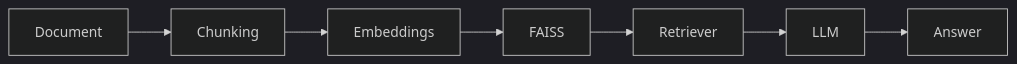
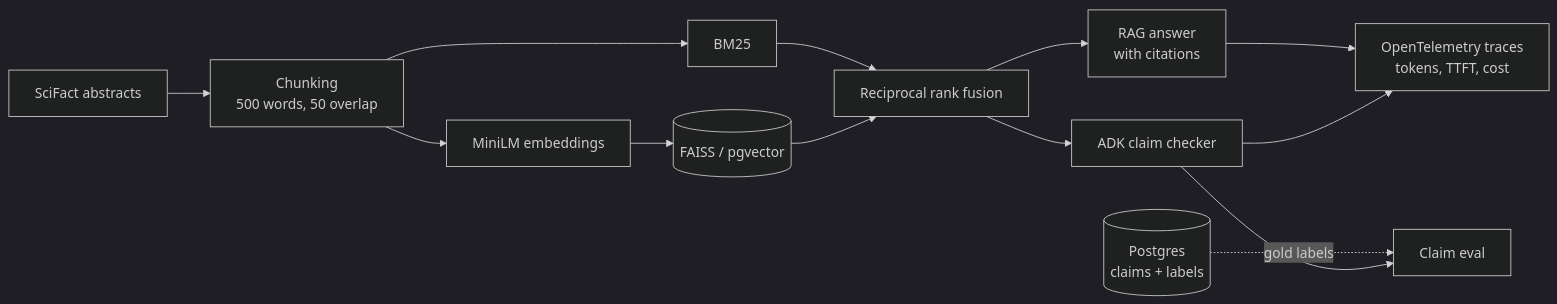
One commit to krishivwahi/Embedding-Based-Semantic-Search-System-RAG-System- changed the diagram in README.md. Above: the diagram before and after it, drawn with Mermaid (dark theme). The commit also changed other lines of this file and 30 other files, not shown here.

Commit message:
Hybrid retrieval, pgvector store, ADK claim checker, tracing, Docker, tests + CI

````diff
--- a/README.md
+++ b/README.md
@@ -9,9 +11,15 @@
 ```mermaid
 graph LR
-    A[Document] --> B[Chunking]
-    B --> C[Embeddings]
-    C --> D[FAISS]
-    D --> E[Retriever]
-    E --> F[LLM]
-    F --> G[Answer]
+    A[SciFact abstracts] --> B[Chunking<br/>500 words, 50 overlap]
+    B --> C[BM25]
+    B --> D[MiniLM embeddings]
+    D --> E[(FAISS / pgvector)]
+    C --> F[Reciprocal rank fusion]
+    E --> F
+    F --> G[RAG answer<br/>with citations]
+    F --> H[ADK claim checker]
+    L[(Postgres<br/>claims + labels)] -.gold labels.-> I[Claim eval]
+    H --> I
+    G --> J[OpenTelemetry traces<br/>tokens, TTFT, cost]
+    H --> J
 ```
````
